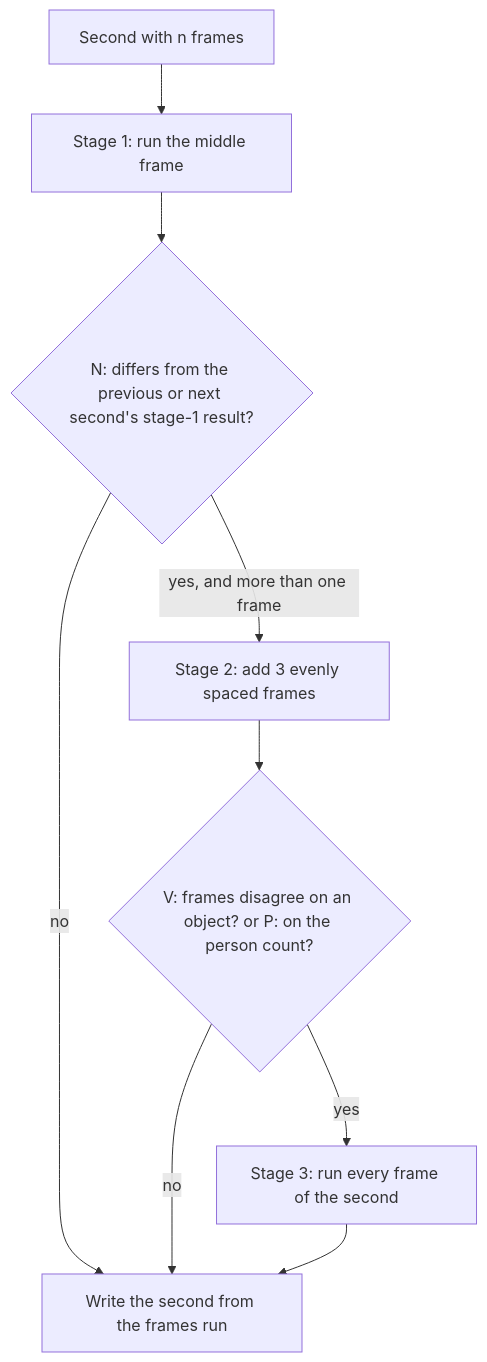
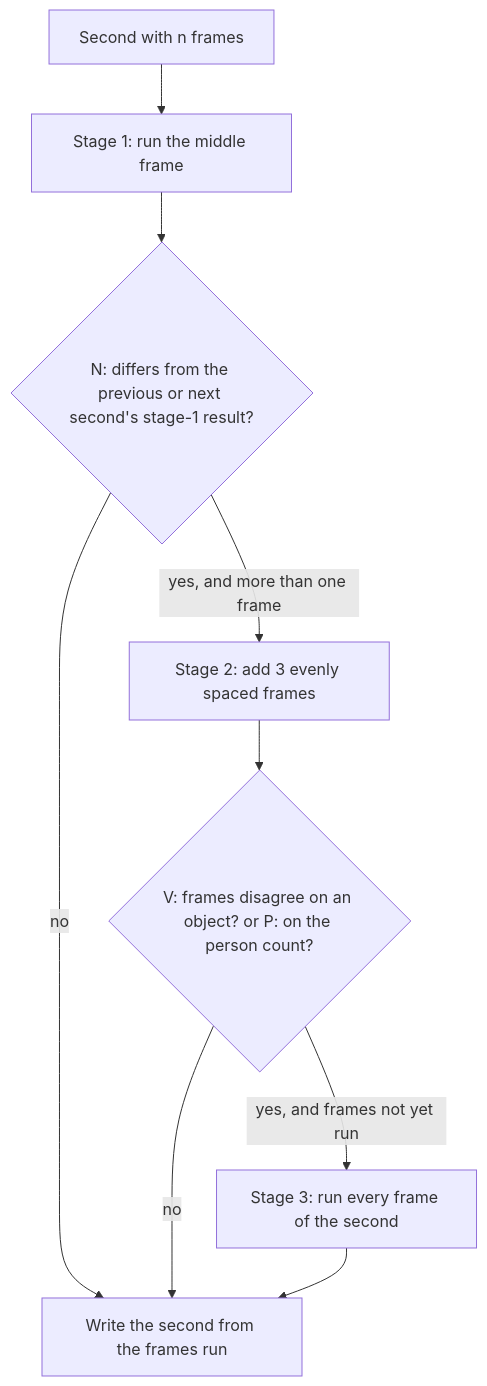
One commit to MIbrahim-17/alethia-ai-video-indexing changed the first of 4 diagrams in APPROACH.md. Above: the diagram before and after it, drawn with Mermaid. The commit also changed other lines of this file and 4 other files, not shown here.

````diff
--- a/APPROACH.md
+++ b/APPROACH.md
@@ -119,11 +119,11 @@
 ```mermaid
 flowchart TD
     A["Second with n frames"] --> B["Stage 1: run the middle frame"]
     B --> C{"N: differs from the previous or next second's stage-1 result?"}
     C -- "no" --> W["Write the second from the frames run"]
     C -- "yes, and more than one frame" --> D["Stage 2: add 3 evenly spaced frames"]
     D --> E{"V: frames disagree on an object? or P: on the person count?"}
     E -- "no" --> W
-    E -- "yes" --> F["Stage 3: run every frame of the second"]
+    E -- "yes, and frames not yet run" --> F["Stage 3: run every frame of the second"]
     F --> W
 ```
````
